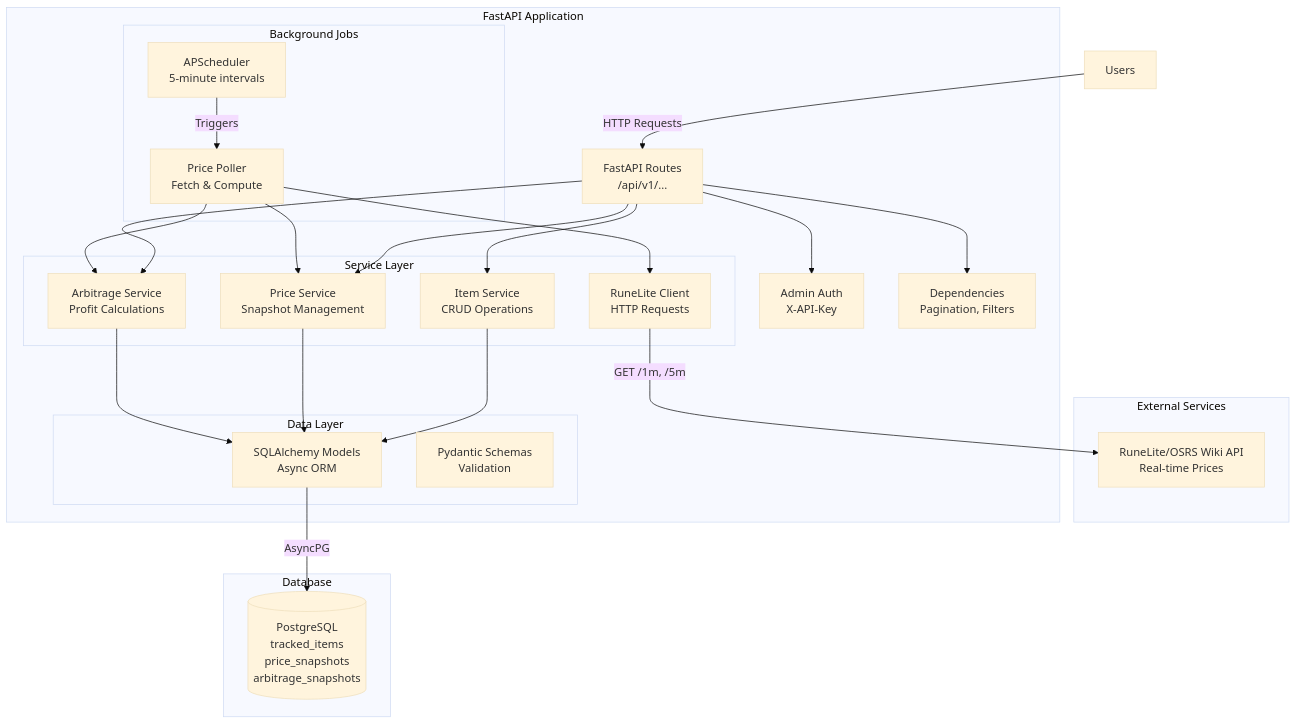
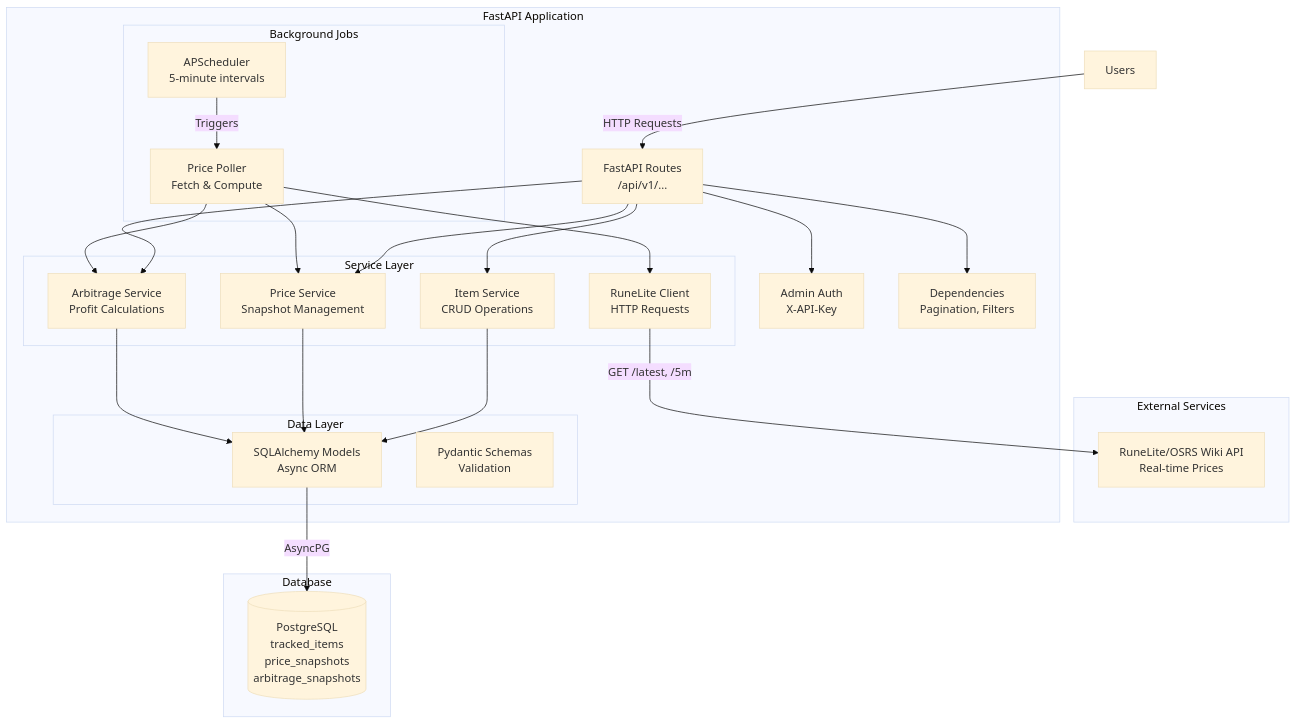
One commit to EIIis/osrs-arbitrage changed the first of 3 diagrams in README.md. Above: the diagram before and after it, drawn with Mermaid (base theme). The commit also changed other lines of this file and 18 other files, not shown here.

````diff
--- a/README.md
+++ b/README.md
@@ -243,53 +244,53 @@
 ```mermaid
 graph TB
     subgraph "External Services"
         RuneLite[RuneLite/OSRS Wiki API<br/>Real-time Prices]
     end
 
     subgraph "FastAPI Application"
         API[FastAPI Routes<br/>/api/v1/...]
         Auth[Admin Auth<br/>X-API-Key]
         Deps[Dependencies<br/>Pagination, Filters]
 
         subgraph "Service Layer"
             ItemSvc[Item Service<br/>CRUD Operations]
             PriceSvc[Price Service<br/>Snapshot Management]
             ArbSvc[Arbitrage Service<br/>Profit Calculations]
             APISvc[RuneLite Client<br/>HTTP Requests]
         end
 
         subgraph "Background Jobs"
             Scheduler[APScheduler<br/>5-minute intervals]
             Poller[Price Poller<br/>Fetch & Compute]
         end
 
         subgraph "Data Layer"
             Models[SQLAlchemy Models<br/>Async ORM]
             Schemas[Pydantic Schemas<br/>Validation]
         end
     end
 
     subgraph "Database"
         PG[(PostgreSQL<br/>tracked_items<br/>price_snapshots<br/>arbitrage_snapshots)]
     end
 
     User[Users] -->|HTTP Requests| API
     API --> Auth
     API --> Deps
     API --> ItemSvc
     API --> PriceSvc
     API --> ArbSvc
 
     ItemSvc --> Models
     PriceSvc --> Models
     ArbSvc --> Models
 
     Scheduler -->|Triggers| Poller
     Poller --> APISvc
     Poller --> PriceSvc
     Poller --> ArbSvc
 
-    APISvc -->|GET /1m, /5m| RuneLite
+    APISvc -->|GET /latest, /5m| RuneLite
 
     Models -->|AsyncPG| PG
 ```
````
